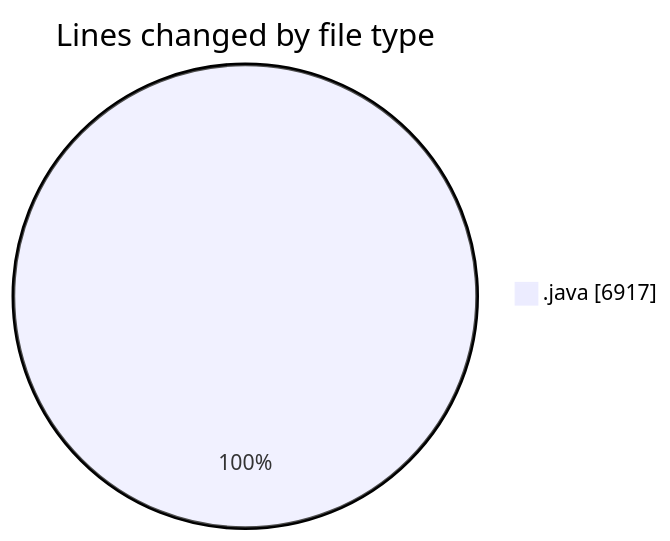
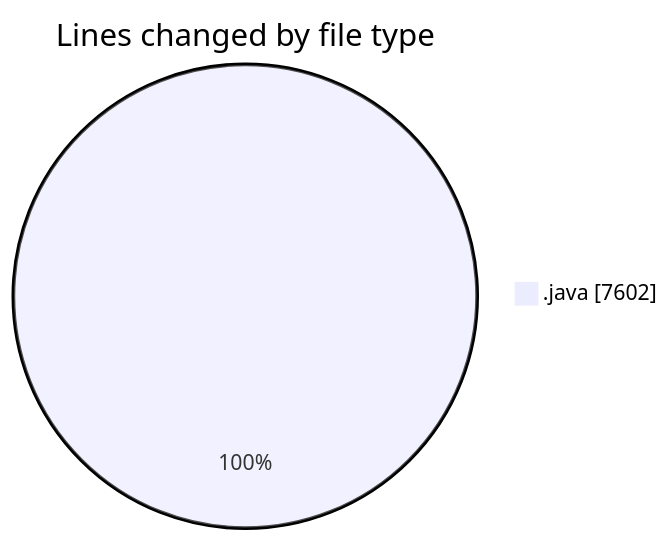
The first of 2 diagrams in 2026-03-27/cilapp/README.md (ricardozamudiocil/code-tracking), drawn with Mermaid before and after one commit. The commit also changed other lines of this file and 1 other file, not shown here.

````diff
--- a/2026-03-27/cilapp/README.md
+++ b/2026-03-27/cilapp/README.md
@@ -23,5 +24,5 @@
 ```mermaid
 pie showData
 title Lines changed by file type
-".java" : 6917
+".java" : 7602
 ```
````
